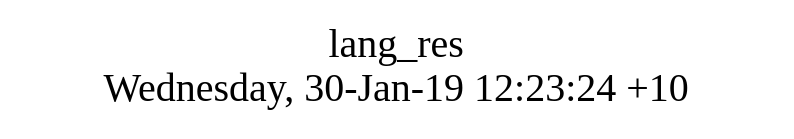
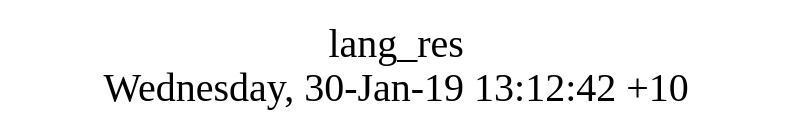
Before and after one commit to AplaProject/apps: the diagram in src/lang_res/struct.dot, drawn with Graphviz. The commit also changed 15 other files, not shown here.

```diff
--- a/src/lang_res/struct.dot
+++ b/src/lang_res/struct.dot
@@ -1,8 +1,8 @@
 digraph G {
 fontsize="24";
-label="lang_res\nWednesday, 30-Jan-19 12:23:24 +10";
+label="lang_res\nWednesday, 30-Jan-19 13:12:42 +10";
 nojustify=true;
 ordering=out;
 rankdir=LR;
 size="30";
 }
```
